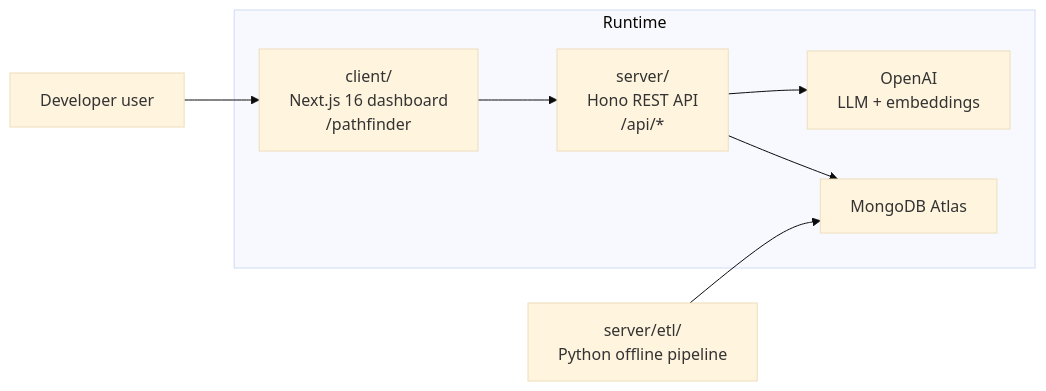
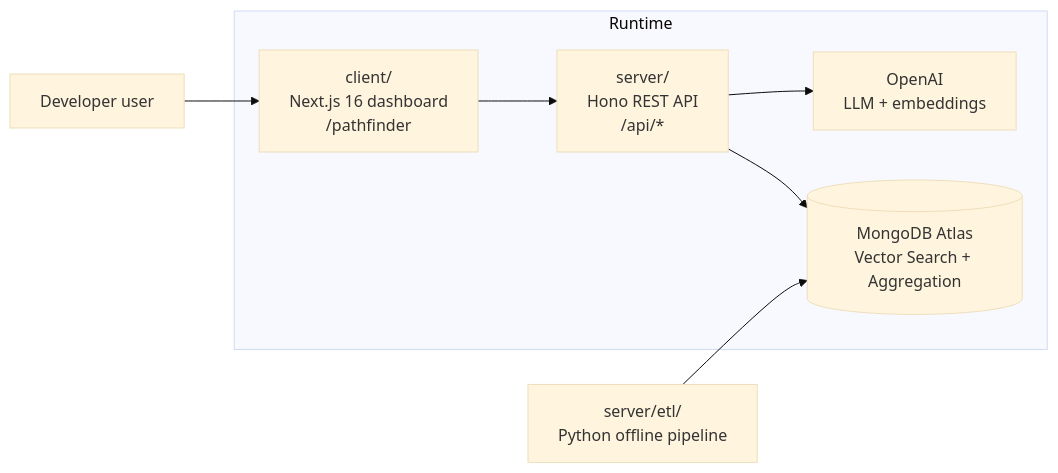
One commit to trahoangdev/path-finder changed the second of 13 diagrams in docs/TECHNICAL_DOC.md. Above: the diagram before and after it, drawn with Mermaid (base theme). The commit also changed other lines of this file and 52 other files, not shown here.

Commit message:
feat(pathfinder): Add skill explanation drawer, honest mode toggle, and performance dashboard

````diff
--- a/docs/TECHNICAL_DOC.md
+++ b/docs/TECHNICAL_DOC.md
@@ -97,15 +132,15 @@
 ```mermaid
 flowchart LR
-    U["Developer user"] --> FE["client/\nNext.js 16 dashboard\n/pathfinder"]
-    FE --> API["server/\nHono REST API\n/api/*"]
-    API --> OAI["OpenAI\nLLM + embeddings"]
-    API --> MDB["MongoDB Atlas"]
-    ETL["server/etl/\nPython offline pipeline"] --> MDB
+    U["Developer user"] --> FE["client/<br/>Next.js 16 dashboard<br/>/pathfinder"]
+    FE --> API["server/<br/>Hono REST API<br/>/api/*"]
+    API --> OAI["OpenAI<br/>LLM + embeddings"]
+    API --> MDB[("MongoDB Atlas<br/>Vector Search + Aggregation")]
+    ETL["server/etl/<br/>Python offline pipeline"] --> MDB
 
-    subgraph Runtime["Runtime"]
+    subgraph Runtime
       FE
       API
       OAI
       MDB
     end
 ```
````
